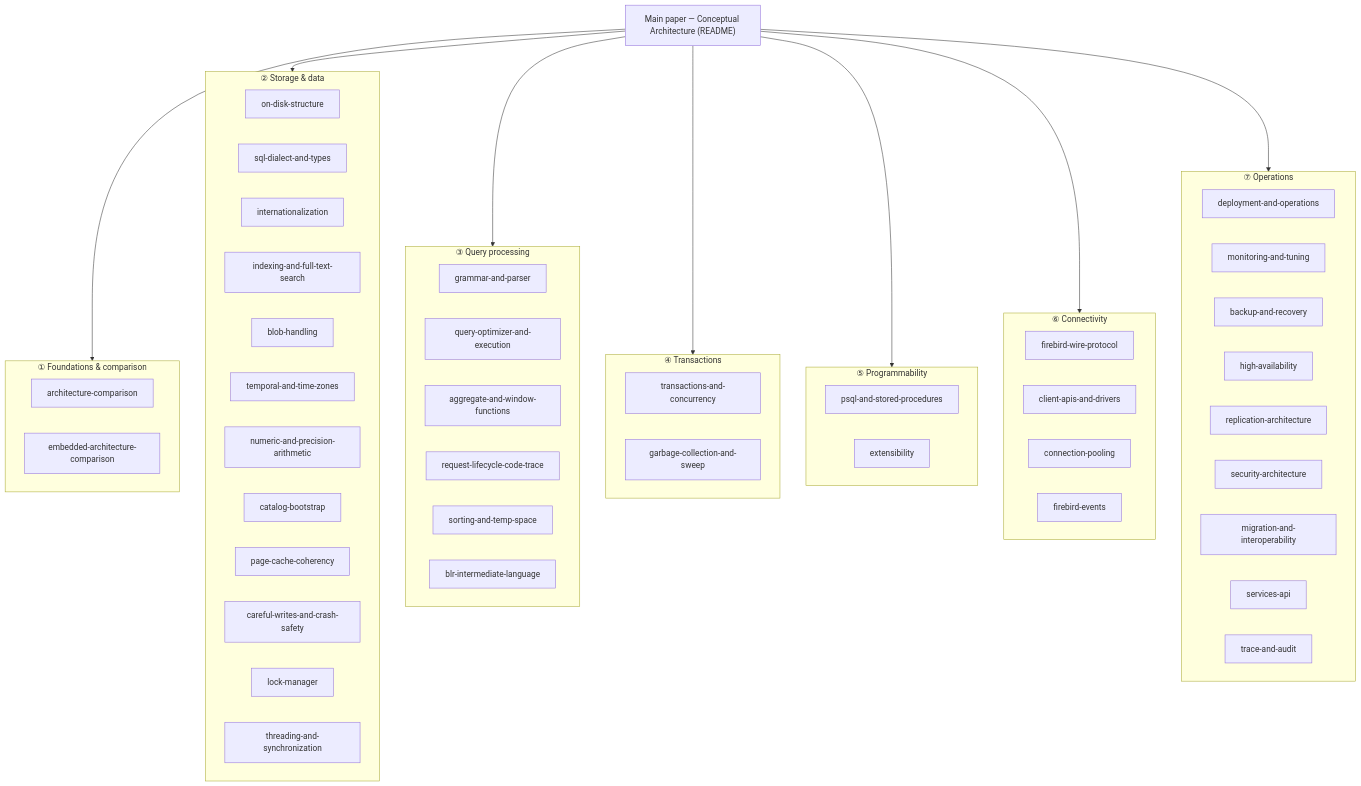
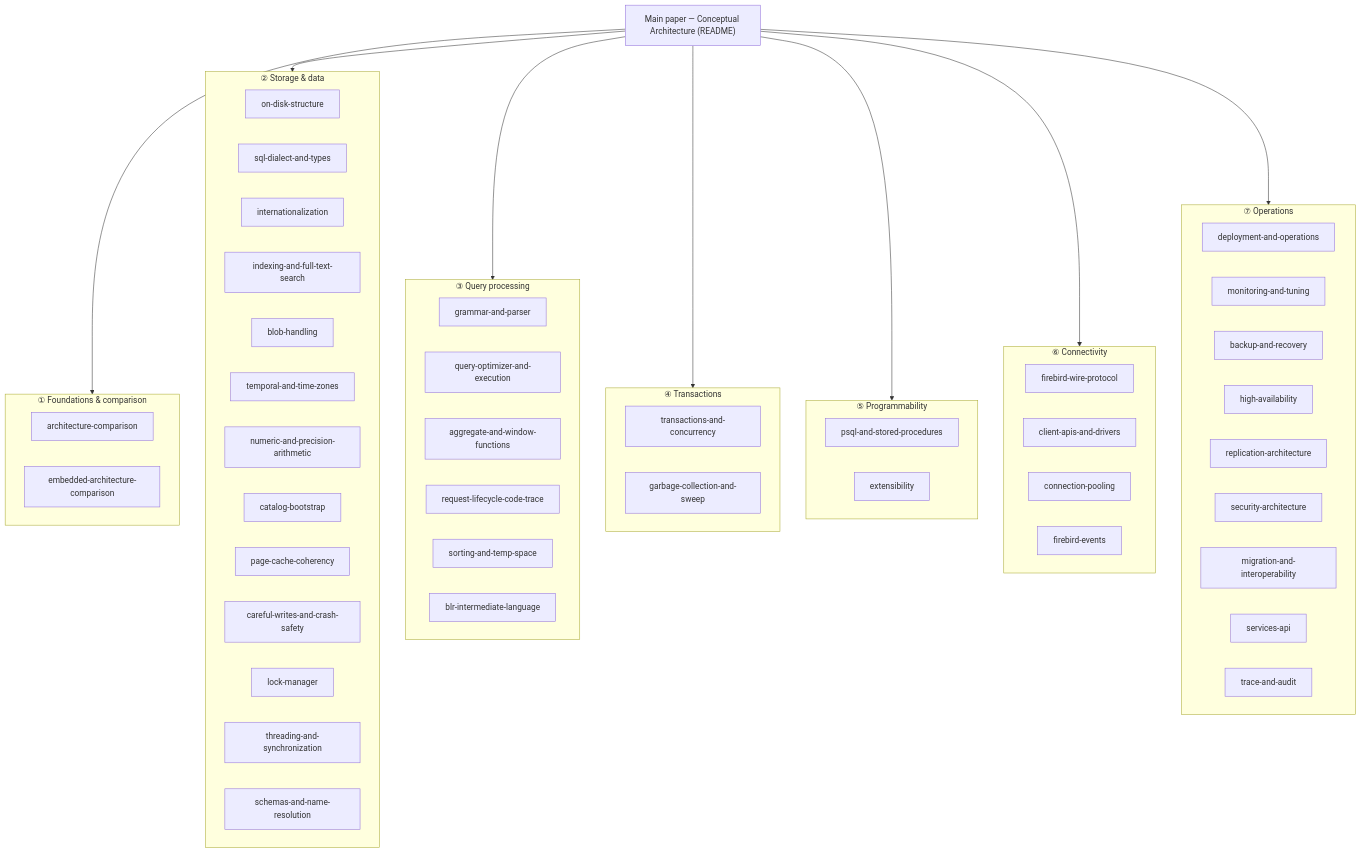
The diagram in READING-GUIDE.md (mariuz/conceptual-architecture-for-firebird-paper), drawn with Mermaid before and after one commit. The commit also changed other lines of this file and 4 other files, not shown here.

First line of the commit message:
Add schemas and name resolution document — the FB6 namespace retrofit

````diff
--- a/READING-GUIDE.md
+++ b/READING-GUIDE.md
@@ -9,58 +9,59 @@
 ```mermaid
 flowchart TB
     PAPER["Main paper — Conceptual Architecture (README)"]
 
     PAPER --> T1 & T2 & T3 & T4 & T5 & T6 & T7
 
     subgraph T1["① Foundations & comparison"]
         A1["architecture-comparison"]
         A2["embedded-architecture-comparison"]
     end
     subgraph T2["② Storage & data"]
         B1["on-disk-structure"]
         B2["sql-dialect-and-types"]
         B3["internationalization"]
         B4["indexing-and-full-text-search"]
         B5["blob-handling"]
         B6["temporal-and-time-zones"]
         B7["numeric-and-precision-arithmetic"]
         B8["catalog-bootstrap"]
         B9["page-cache-coherency"]
         B10["careful-writes-and-crash-safety"]
         B11["lock-manager"]
         B12["threading-and-synchronization"]
+        B13["schemas-and-name-resolution"]
     end
     subgraph T3["③ Query processing"]
         C1["grammar-and-parser"]
         C2["query-optimizer-and-execution"]
         C3["aggregate-and-window-functions"]
         C4["request-lifecycle-code-trace"]
         C5["sorting-and-temp-space"]
         C6["blr-intermediate-language"]
     end
     subgraph T4["④ Transactions"]
         D1["transactions-and-concurrency"]
         D2["garbage-collection-and-sweep"]
     end
     subgraph T5["⑤ Programmability"]
         E1["psql-and-stored-procedures"]
         E2["extensibility"]
     end
     subgraph T6["⑥ Connectivity"]
         F1["firebird-wire-protocol"]
         F2["client-apis-and-drivers"]
         F3["connection-pooling"]
         F4["firebird-events"]
     end
     subgraph T7["⑦ Operations"]
         G1["deployment-and-operations"]
         G2["monitoring-and-tuning"]
         G3["backup-and-recovery"]
         G4["high-availability"]
         G5["replication-architecture"]
         G6["security-architecture"]
         G7["migration-and-interoperability"]
         G8["services-api"]
         G9["trace-and-audit"]
     end
 ```
````
